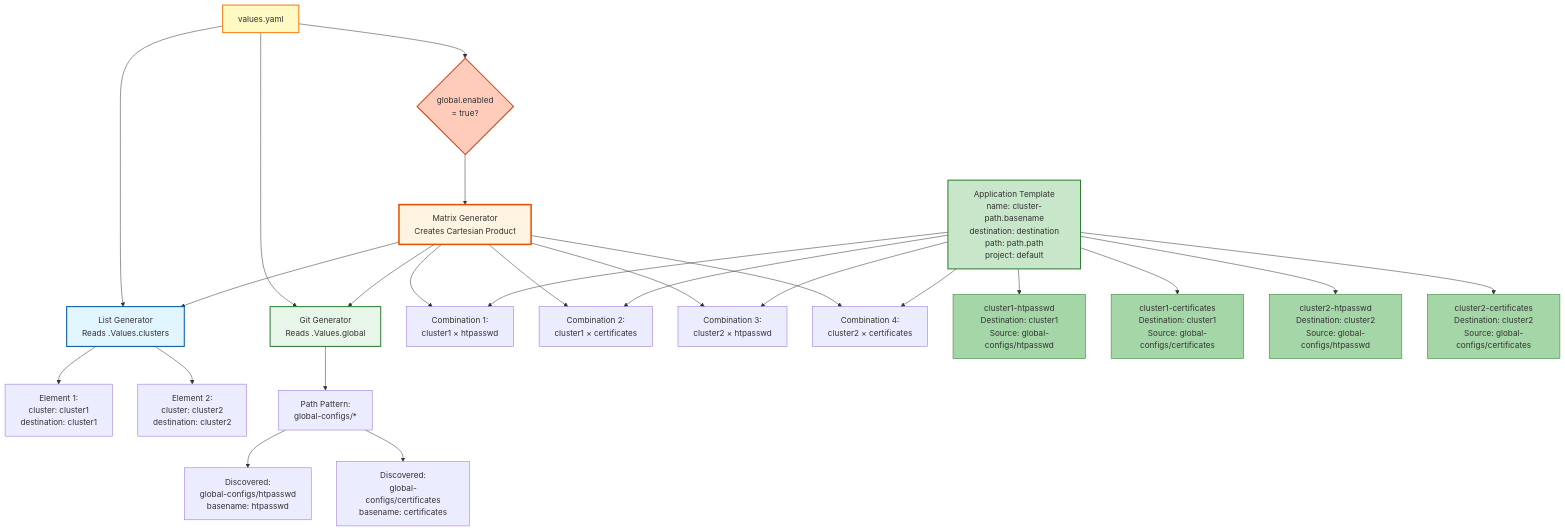
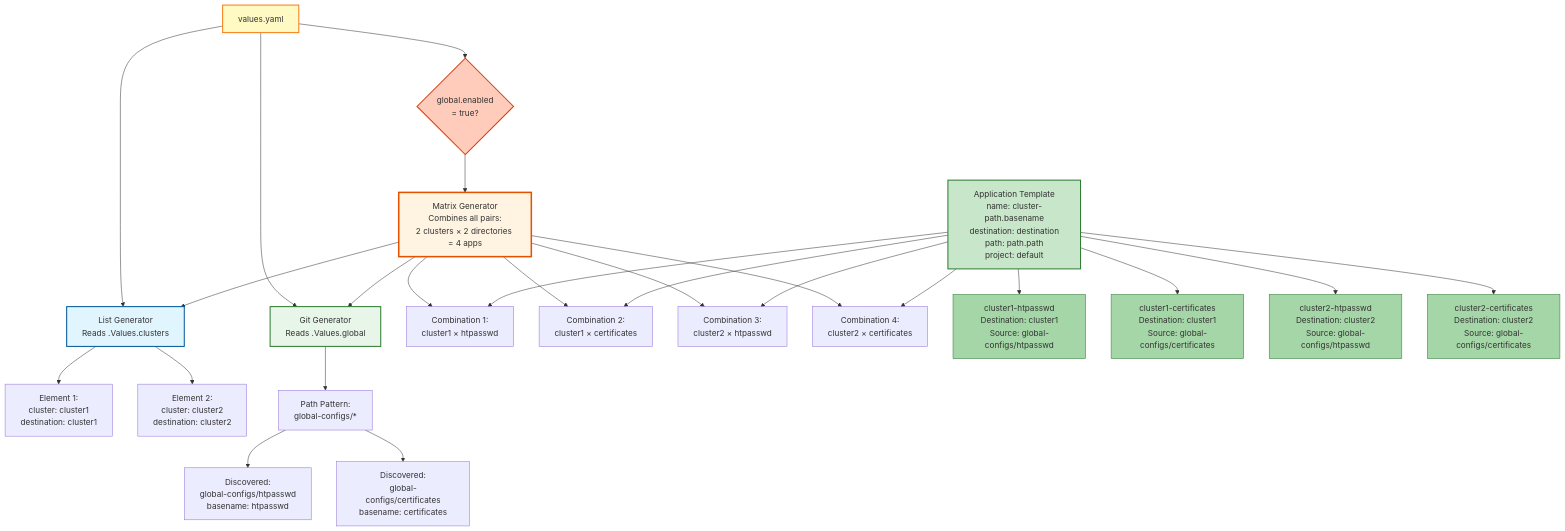
One commit to yakovbeder/beder-gitops-aoa changed the fourth of 4 diagrams in argocd-diagram.md. Above: the diagram before and after it, drawn with Mermaid. The commit also changed other lines of this file, not shown here.

First line of the commit message:
Clarify Matrix Generator and remove template syntax note

````diff
--- a/argocd-diagram.md
+++ b/argocd-diagram.md
@@ -134,44 +134,44 @@
 ```mermaid
 graph TD
     Values[values.yaml] --> ListGen[List Generator<br/>Reads .Values.clusters]
     Values --> GitGen[Git Generator<br/>Reads .Values.global]
     
     ListGen --> E1[Element 1:<br/>cluster: cluster1<br/>destination: cluster1]
     ListGen --> E2[Element 2:<br/>cluster: cluster2<br/>destination: cluster2]
     
     GitGen --> Pattern[Path Pattern:<br/>global-configs/*]
     Pattern --> D1[Discovered:<br/>global-configs/htpasswd<br/>basename: htpasswd]
     Pattern --> D2[Discovered:<br/>global-configs/certificates<br/>basename: certificates]
     
-    Matrix[Matrix Generator<br/>Creates Cartesian Product] --> ListGen
+    Matrix[Matrix Generator<br/>Combines all pairs:<br/>2 clusters × 2 directories = 4 apps] --> ListGen
     Matrix --> GitGen
     
     Matrix --> Comb1[Combination 1:<br/>cluster1 × htpasswd]
     Matrix --> Comb2[Combination 2:<br/>cluster1 × certificates]
     Matrix --> Comb3[Combination 3:<br/>cluster2 × htpasswd]
     Matrix --> Comb4[Combination 4:<br/>cluster2 × certificates]
     
     Template[Application Template<br/>name: cluster-path.basename<br/>destination: destination<br/>path: path.path<br/>project: default] --> Comb1
     Template --> Comb2
     Template --> Comb3
     Template --> Comb4
     
     Template --> App1[cluster1-htpasswd<br/>Destination: cluster1<br/>Source: global-configs/htpasswd]
     Template --> App2[cluster1-certificates<br/>Destination: cluster1<br/>Source: global-configs/certificates]
     Template --> App3[cluster2-htpasswd<br/>Destination: cluster2<br/>Source: global-configs/htpasswd]
     Template --> App4[cluster2-certificates<br/>Destination: cluster2<br/>Source: global-configs/certificates]
     
     Condition{global.enabled<br/>= true?} --> Matrix
     Values --> Condition
     
     style Values fill:#fff9c4,stroke:#f57f17,stroke-width:2px
     style Matrix fill:#fff4e1,stroke:#e65100,stroke-width:3px
     style ListGen fill:#e1f5ff,stroke:#01579b,stroke-width:2px
     style GitGen fill:#e8f5e9,stroke:#2e7d32,stroke-width:2px
     style Template fill:#c8e6c9,stroke:#2e7d32,stroke-width:2px
     style Condition fill:#ffccbc,stroke:#d84315,stroke-width:2px
     style App1 fill:#a5d6a7,stroke:#2e7d32,stroke-width:1px
     style App2 fill:#a5d6a7,stroke:#2e7d32,stroke-width:1px
     style App3 fill:#a5d6a7,stroke:#2e7d32,stroke-width:1px
     style App4 fill:#a5d6a7,stroke:#2e7d32,stroke-width:1px
 ```
````
